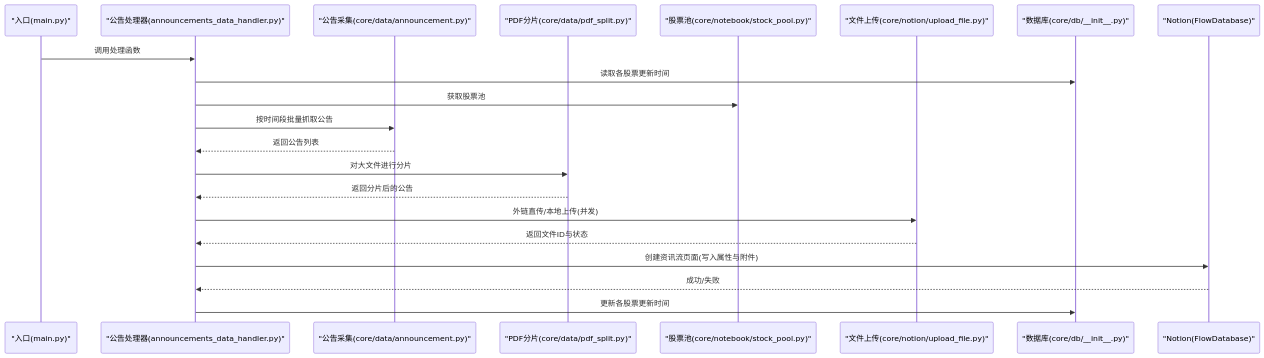
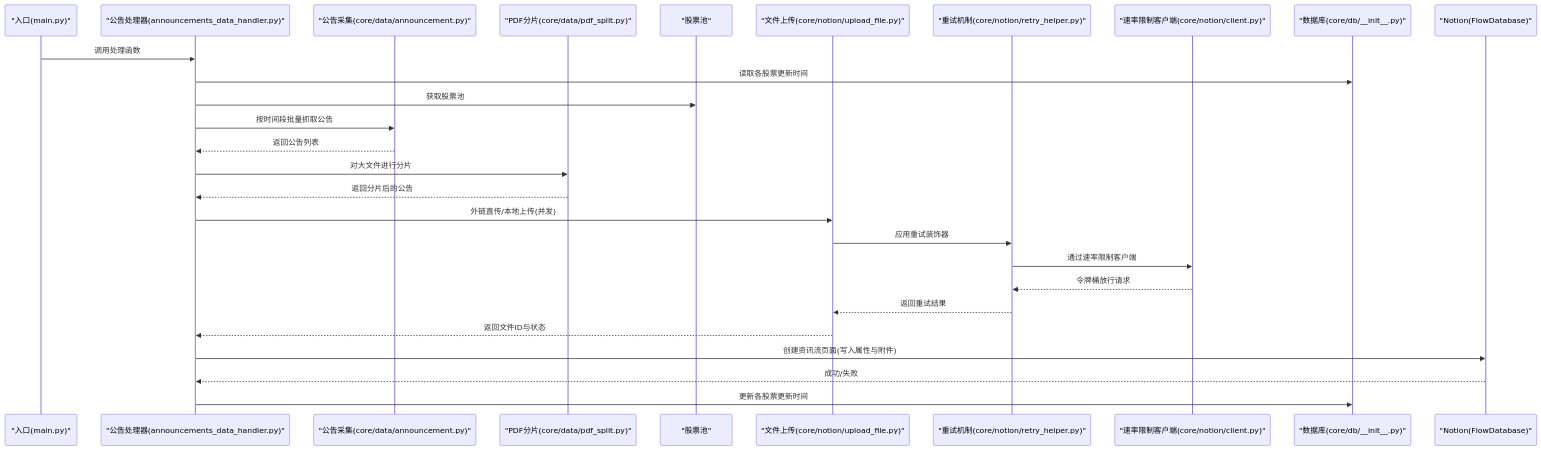
The second of 5 diagrams in .qoder/repowiki/zh/content/核心模块详解/Notion集成模块/Notion集成模块.md (iverwong/DataLife), drawn with Mermaid before and after one commit. The commit also changed other lines of this file and 6 other files, not shown here.

````diff
--- a/.qoder/repowiki/zh/content/核心模块详解/Notion集成模块/Notion集成模块.md
+++ b/.qoder/repowiki/zh/content/核心模块详解/Notion集成模块/Notion集成模块.md
@@ -123,23 +131,29 @@
 ```mermaid
 sequenceDiagram
 participant Entrypoint as "入口(main.py)"
 participant Handler as "公告处理器(announcements_data_handler.py)"
 participant Data as "公告采集(core/data/announcement.py)"
 participant Split as "PDF分片(core/data/pdf_split.py)"
-participant Pool as "股票池(core/notebook/stock_pool.py)"
+participant Pool as "股票池"
 participant Up as "文件上传(core/notion/upload_file.py)"
+participant Retry as "重试机制(core/notion/retry_helper.py)"
+participant Client as "速率限制客户端(core/notion/client.py)"
 participant DB as "数据库(core/db/__init__.py)"
 participant Notion as "Notion(FlowDatabase)"
 Entrypoint->>Handler : 调用处理函数
 Handler->>DB : 读取各股票更新时间
 Handler->>Pool : 获取股票池
 Handler->>Data : 按时间段批量抓取公告
 Data-->>Handler : 返回公告列表
 Handler->>Split : 对大文件进行分片
 Split-->>Handler : 返回分片后的公告
 Handler->>Up : 外链直传/本地上传(并发)
+Up->>Retry : 应用重试装饰器
+Retry->>Client : 通过速率限制客户端
+Client-->>Retry : 令牌桶放行请求
+Retry-->>Up : 返回重试结果
 Up-->>Handler : 返回文件ID与状态
 Handler->>Notion : 创建资讯流页面(写入属性与附件)
 Notion-->>Handler : 成功/失败
 Handler->>DB : 更新各股票更新时间
 ```
````
